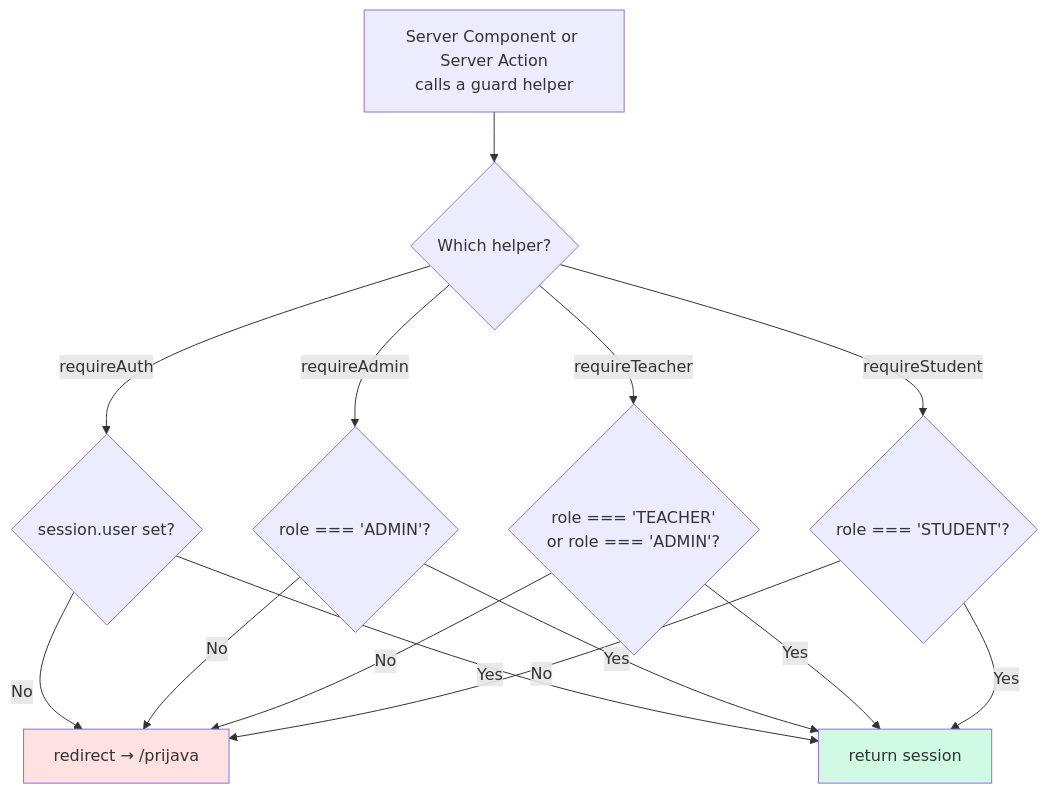
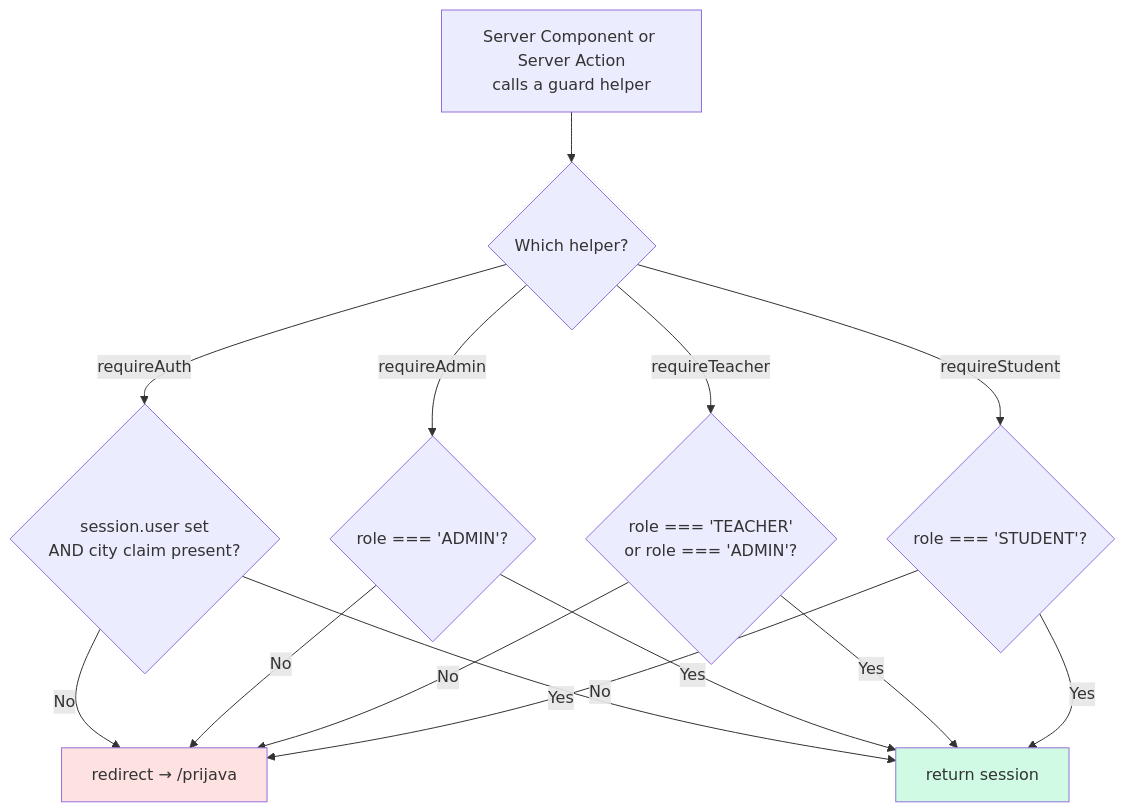
One commit to jpucic00/inovatic changed the third of 3 diagrams in docs/diagrams/role-based-login.md. Above: the diagram before and after it, drawn with Mermaid. The commit also changed other lines of this file and 18 other files, not shown here.

````diff
--- a/docs/diagrams/role-based-login.md
+++ b/docs/diagrams/role-based-login.md
@@ -83,21 +83,21 @@
 ```mermaid
 flowchart TD
     CALL["Server Component or Server Action<br/>calls a guard helper"] --> WHICH{Which helper?}
 
-    WHICH -->|requireAuth| A1{session.user set?}
+    WHICH -->|requireAuth| A1{session.user set<br/>AND city claim present?}
     WHICH -->|requireAdmin| A2{role === 'ADMIN'?}
     WHICH -->|requireTeacher| A3{role === 'TEACHER'<br/>or role === 'ADMIN'?}
     WHICH -->|requireStudent| A4{role === 'STUDENT'?}
 
     A1 -->|No| RED[redirect → /prijava]
     A1 -->|Yes| OK[return session]
     A2 -->|No| RED
     A2 -->|Yes| OK
     A3 -->|No| RED
     A3 -->|Yes| OK
     A4 -->|No| RED
     A4 -->|Yes| OK
 
     style OK  fill:#d1fae5
     style RED fill:#fee2e2
 ```
````
